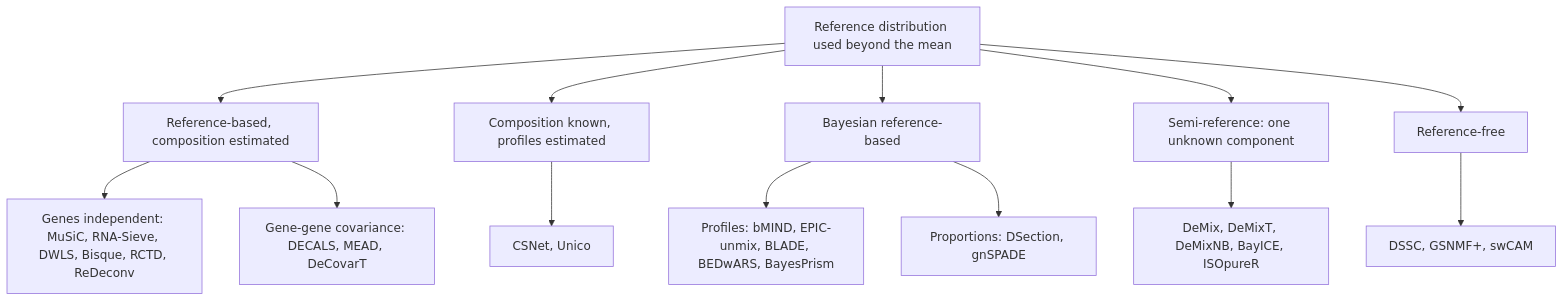
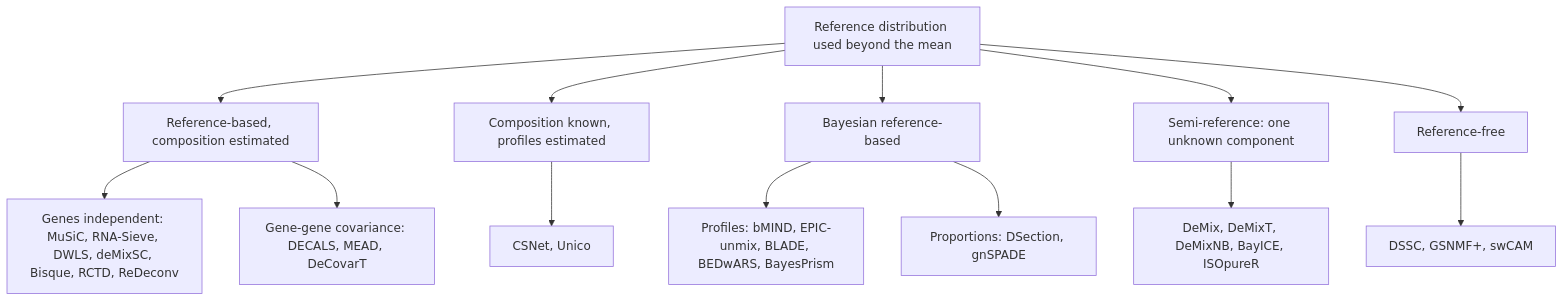
Before and after one commit to bastienchassagnol/DeCovarT: the first of 3 diagrams in articles/theory-review-distribution-aware-deconvolution.md, drawn with Mermaid. The commit also changed other lines of this file and 56 other files, not shown here.

````diff
--- a/articles/theory-review-distribution-aware-deconvolution.md
+++ b/articles/theory-review-distribution-aware-deconvolution.md
@@ -35,17 +36,17 @@
 ``` mermaid
 %%{init: {"theme": "sandstone", "flowchart": {"curve": "basis"}}}%%
 flowchart TD
   root["Reference distribution used beyond the mean"]
   root --> ref["Reference-based, composition estimated"]
   root --> cts["Composition known, profiles estimated"]
   root --> bay["Bayesian reference-based"]
   root --> semi["Semi-reference: one unknown component"]
   root --> free["Reference-free"]
-  ref --> uni["Genes independent: MuSiC, RNA-Sieve, DWLS, Bisque, RCTD, ReDeconv"]
+  ref --> uni["Genes independent: MuSiC, RNA-Sieve, DWLS, deMixSC, Bisque, RCTD, ReDeconv"]
   ref --> multi["Gene-gene covariance: DECALS, MEAD, DeCovarT"]
   cts --> csnet["CSNet, Unico"]
   bay --> bcts["Profiles: bMIND, EPIC-unmix, BLADE, BEDwARS, BayesPrism"]
   bay --> bprop["Proportions: DSection, gnSPADE"]
   semi --> dem["DeMix, DeMixT, DeMixNB, BayICE, ISOpureR"]
   free --> nmf["DSSC, GSNMF+, swCAM"]
 ```
````
